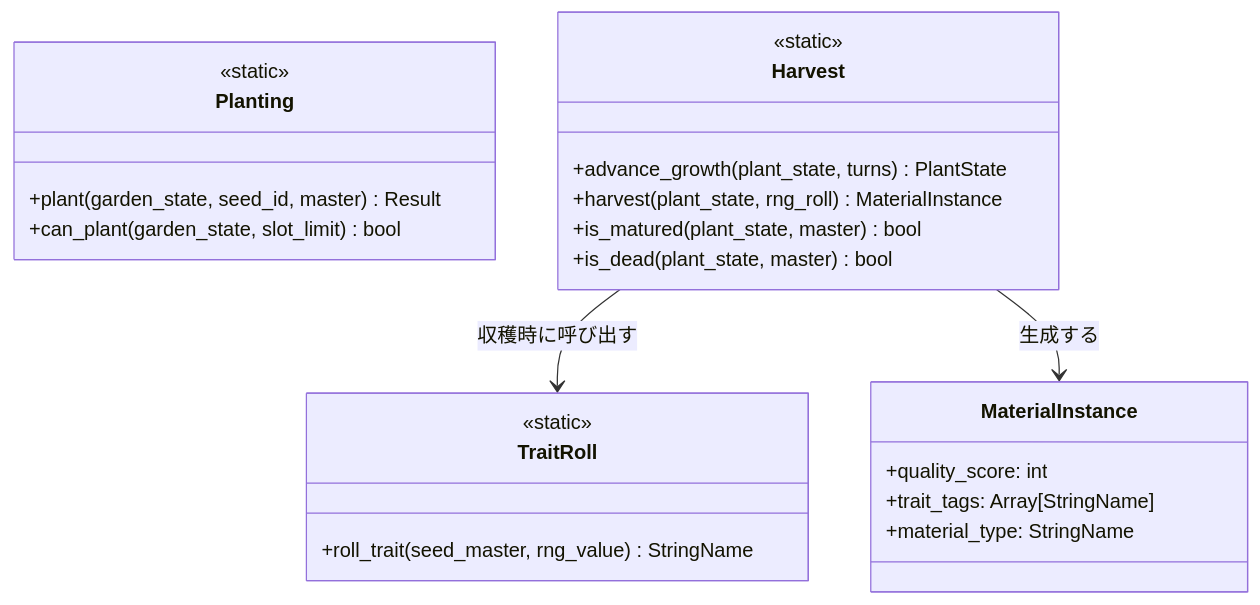
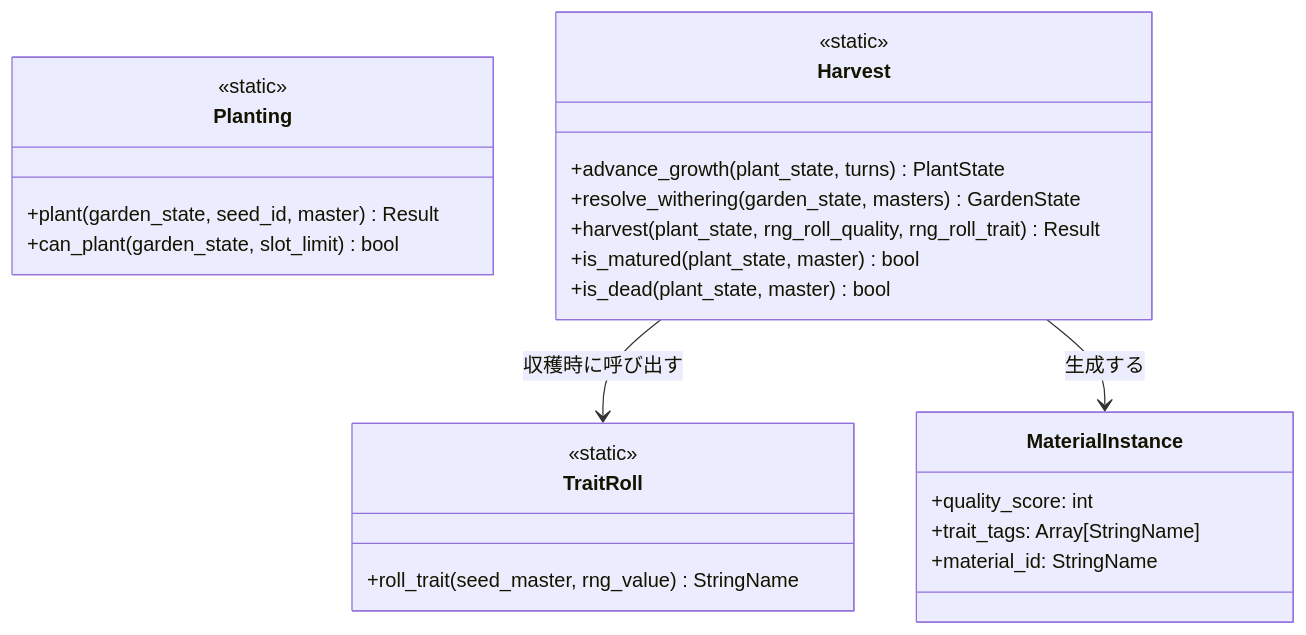
Before and after one commit to yaguma/alchemy-atelier: the first of 6 diagrams in docs/design/atelier-alchemy-core/core-systems.md, drawn with Mermaid. The commit also changed other lines of this file and 12 other files, not shown here.

````diff
--- a/docs/design/atelier-alchemy-core/core-systems.md
+++ b/docs/design/atelier-alchemy-core/core-systems.md
@@ -28,27 +30,28 @@
 ```mermaid
 classDiagram
     class Planting {
         <<static>>
         +plant(garden_state, seed_id, master) Result
         +can_plant(garden_state, slot_limit) bool
     }
     class Harvest {
         <<static>>
         +advance_growth(plant_state, turns) PlantState
-        +harvest(plant_state, rng_roll) MaterialInstance
+        +resolve_withering(garden_state, masters) GardenState
+        +harvest(plant_state, rng_roll_quality, rng_roll_trait) Result
         +is_matured(plant_state, master) bool
         +is_dead(plant_state, master) bool
     }
     class TraitRoll {
         <<static>>
         +roll_trait(seed_master, rng_value) StringName
     }
     class MaterialInstance {
         +quality_score: int
         +trait_tags: Array[StringName]
-        +material_type: StringName
+        +material_id: StringName
     }
 
     Harvest --> TraitRoll : 収穫時に呼び出す
     Harvest --> MaterialInstance : 生成する
 ```
````
